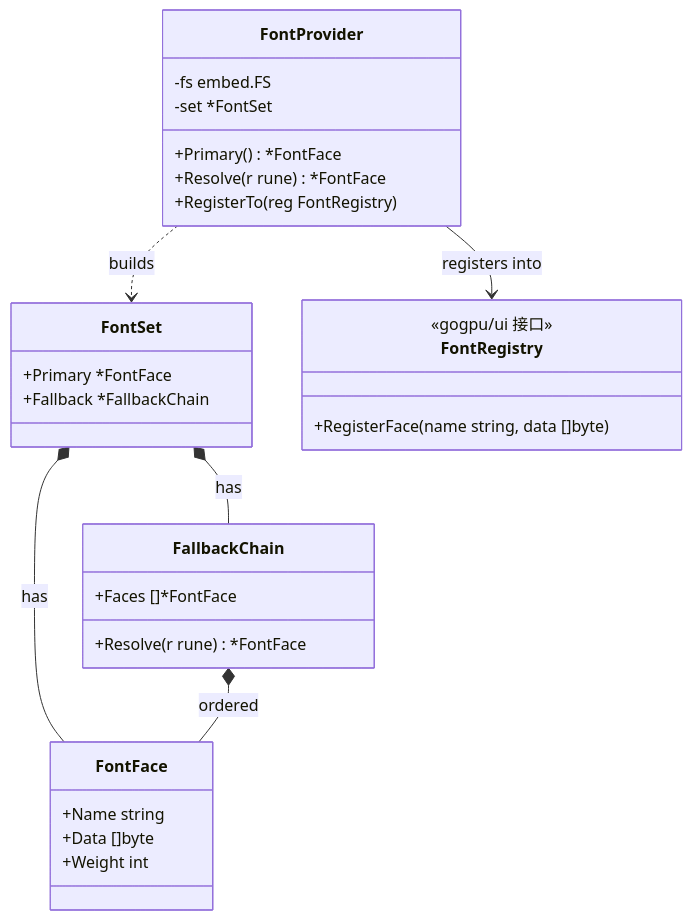
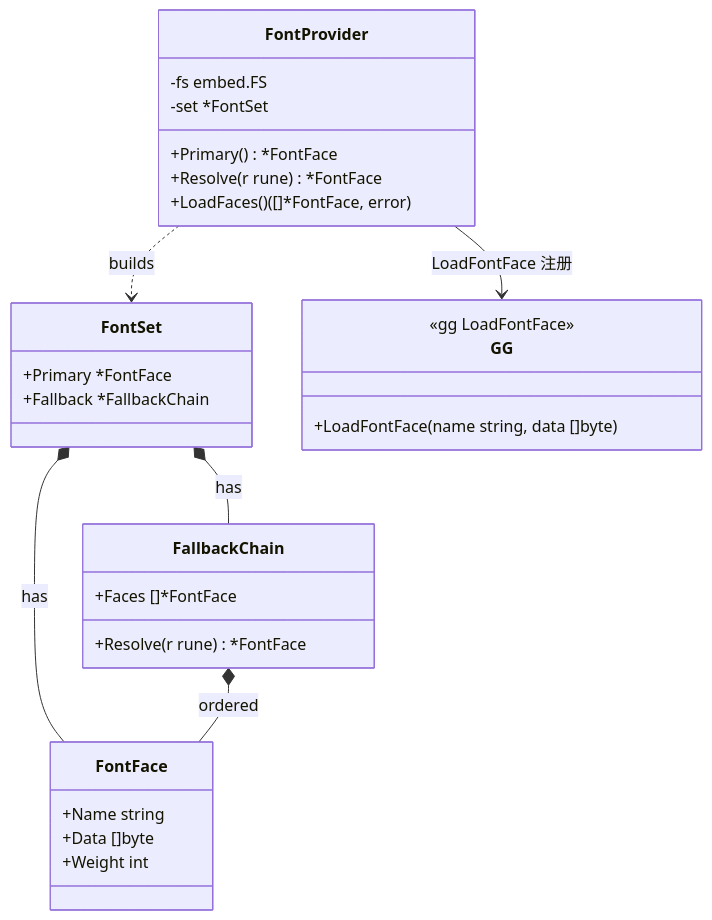
Before and after one commit to shaolei/DeskCalendar: the first of 4 diagrams in docs/40-Theme/Font.md, drawn with Mermaid. The commit also changed other lines of this file and 25 other files, not shown here.

````diff
--- a/docs/40-Theme/Font.md
+++ b/docs/40-Theme/Font.md
@@ -30,32 +30,32 @@
 ```mermaid
 classDiagram
     class FontFace {
         +Name string
         +Data []byte
         +Weight int
     }
     class FallbackChain {
         +Faces []*FontFace
         +Resolve(r rune) *FontFace
     }
     class FontSet {
         +Primary *FontFace
         +Fallback *FallbackChain
     }
     class FontProvider {
         -fs embed.FS
         -set *FontSet
         +Primary() *FontFace
         +Resolve(r rune) *FontFace
-        +RegisterTo(reg FontRegistry)
+        +LoadFaces() ([]*FontFace, error)
     }
-    class FontRegistry {
-        <<gogpu/ui 接口>>
-        +RegisterFace(name string, data []byte)
+    class GG {
+        <<gg LoadFontFace>>
+        +LoadFontFace(name string, data []byte)
     }
     FontSet *-- FontFace : has
     FontSet *-- FallbackChain : has
     FallbackChain *-- FontFace : ordered
     FontProvider ..> FontSet : builds
-    FontProvider --> FontRegistry : registers into
+    FontProvider --> GG : LoadFontFace 注册
 ```
````
